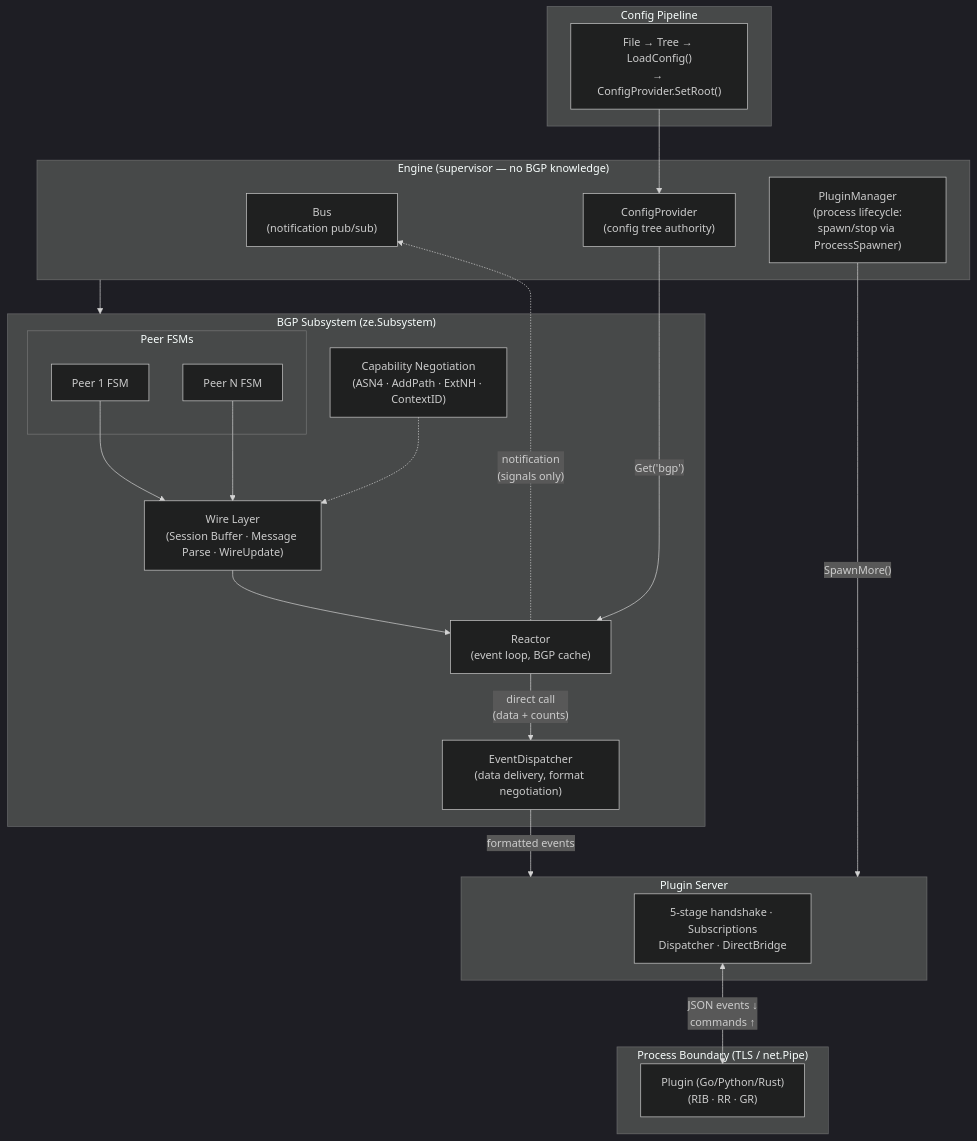
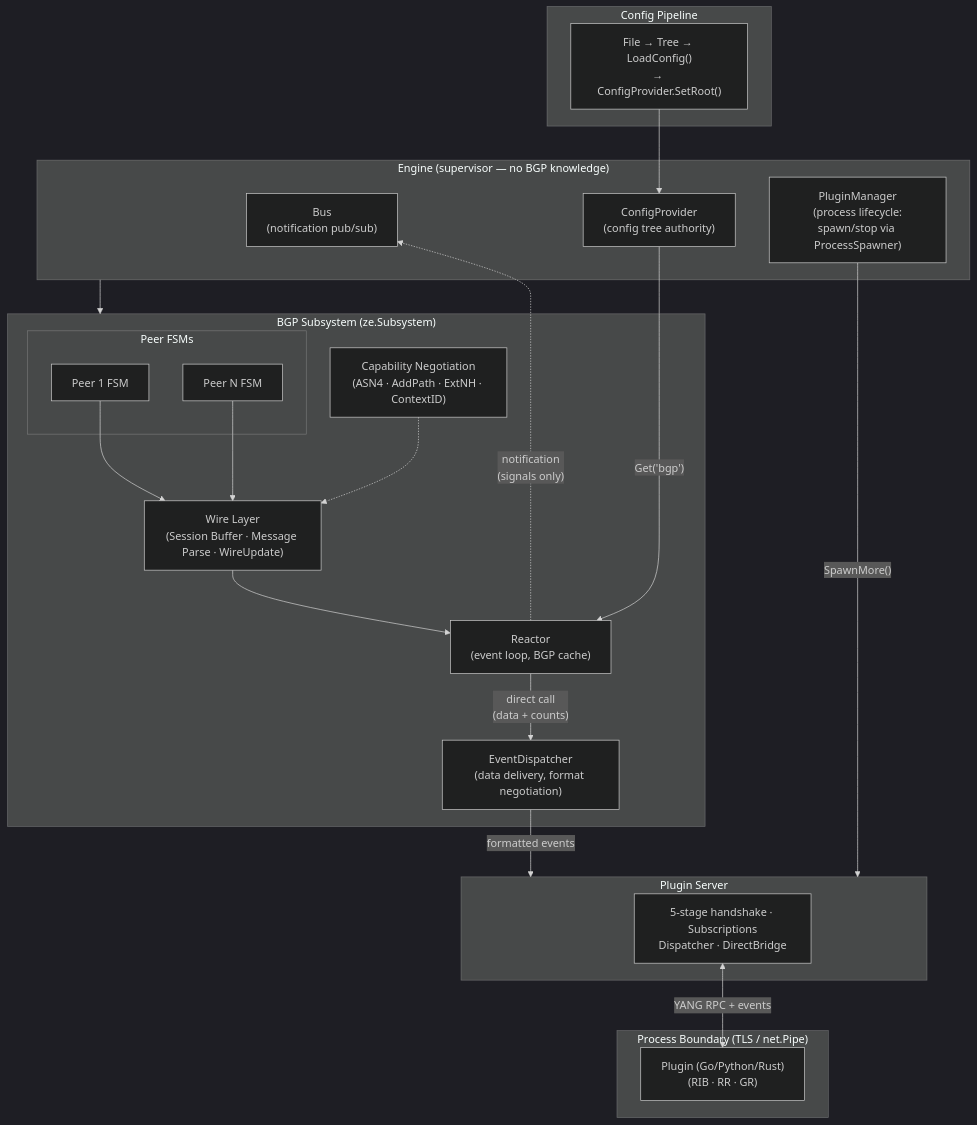
The diagram in docs/architecture/core-design.md (ze-software/ze), drawn with Mermaid (dark theme) before and after one commit. The commit also changed other lines of this file and 18 other files, not shown here.

````diff
--- a/docs/architecture/core-design.md
+++ b/docs/architecture/core-design.md
@@ -25,44 +25,44 @@
 ```mermaid
 flowchart TB
     subgraph Engine["Engine (supervisor — no BGP knowledge)"]
         BUS["Bus\n(notification pub/sub)"]
         CP["ConfigProvider\n(config tree authority)"]
         PM["PluginManager\n(process lifecycle:\nspawn/stop via ProcessSpawner)"]
     end
 
     subgraph BGPSub["BGP Subsystem (ze.Subsystem)"]
         subgraph Peers["Peer FSMs"]
             P1[Peer 1 FSM]
             PN[Peer N FSM]
         end
         CAP["Capability Negotiation\n(ASN4 · AddPath · ExtNH · ContextID)"]
         WIRE["Wire Layer\n(Session Buffer · Message Parse · WireUpdate)"]
         REACTOR["Reactor\n(event loop, BGP cache)"]
         ED["EventDispatcher\n(data delivery, format negotiation)"]
 
         P1 & PN --> WIRE
         CAP -.-> WIRE
         WIRE --> REACTOR
         REACTOR -->|"direct call\n(data + counts)"| ED
         REACTOR -.->|"notification\n(signals only)"| BUS
     end
 
     subgraph ConfigPipeline["Config Pipeline"]
         LOAD["File → Tree → LoadConfig()\n→ ConfigProvider.SetRoot()"]
     end
 
     subgraph PluginServer["Plugin Server"]
         HANDSHAKE["5-stage handshake · Subscriptions\nDispatcher · DirectBridge"]
     end
 
     subgraph PluginProcs["Process Boundary (TLS / net.Pipe)"]
         PLUGIN["Plugin (Go/Python/Rust)\n(RIB · RR · GR)"]
     end
 
     Engine --> BGPSub
     PM -->|"SpawnMore()"| PluginServer
     CP -->|"Get('bgp')"| REACTOR
     LOAD --> CP
     ED -->|"formatted events"| PluginServer
-    HANDSHAKE <-->|"JSON events ↓\ncommands ↑"| PLUGIN
+    HANDSHAKE <-->|"YANG RPC + events"| PLUGIN
 ```
````
